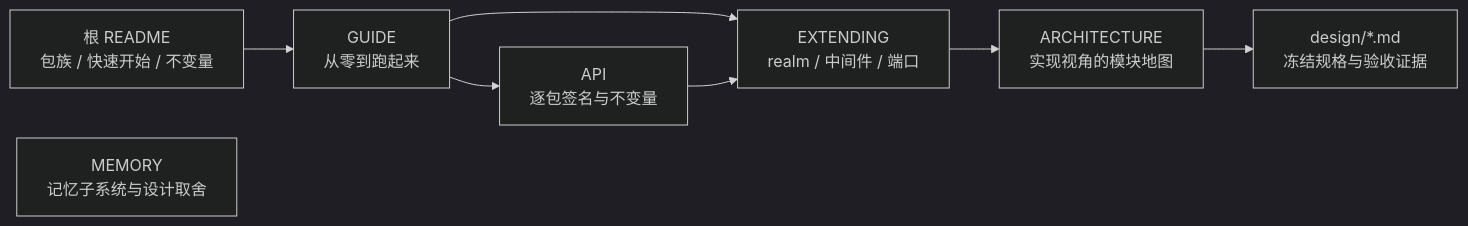
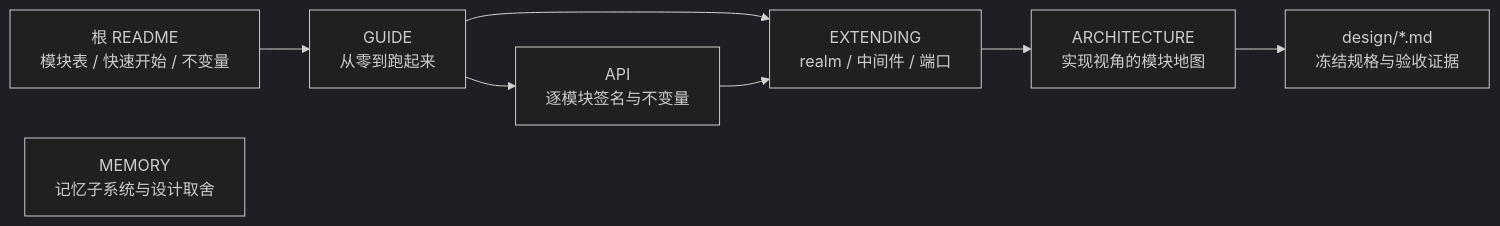
Before and after one commit to liwusen/liorium-framework: the diagram in docs/README.md, drawn with Mermaid (dark theme). The commit also changed other lines of this file and 17 other files, not shown here.

````diff
--- a/docs/README.md
+++ b/docs/README.md
@@ -8,17 +9,17 @@
 ```mermaid
 graph LR
-    root["根 README<br/>包族 / 快速开始 / 不变量"]
+    root["根 README<br/>模块表 / 快速开始 / 不变量"]
     guide["GUIDE<br/>从零到跑起来"]
-    api["API<br/>逐包签名与不变量"]
+    api["API<br/>逐模块签名与不变量"]
     ext["EXTENDING<br/>realm / 中间件 / 端口"]
     mem["MEMORY<br/>记忆子系统与设计取舍"]
     arch["ARCHITECTURE<br/>实现视角的模块地图"]
     design["design/*.md<br/>冻结规格与验收证据"]
 
     root --> guide
     guide --> api
     guide --> ext
     api --> ext
     ext --> arch
     arch --> design
 ```
````
